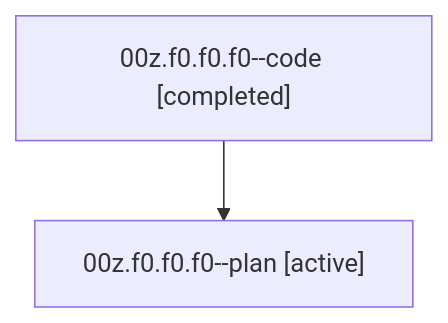
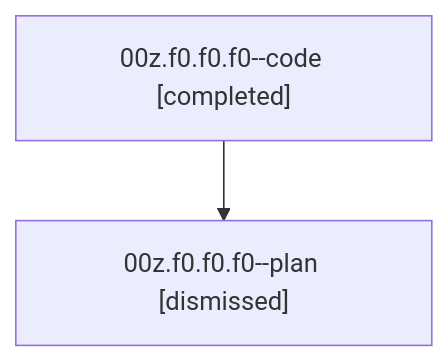
One commit to sase-org/sase--agents changed the diagram in sessions/bbugyi200.athena.00z.f0.f0.f0.md. Above: the diagram before and after it, drawn with Mermaid. The commit also changed other lines of this file and 31 other files, not shown here.

````diff
--- a/sessions/bbugyi200.athena.00z.f0.f0.f0.md
+++ b/sessions/bbugyi200.athena.00z.f0.f0.f0.md
@@ -9,6 +9,6 @@
 ```mermaid
 flowchart TD
   n0["00z.f0.f0.f0--code [completed]"]
-  n1["00z.f0.f0.f0--plan [active]"]
+  n1["00z.f0.f0.f0--plan [dismissed]"]
   n0 --> n1
 ```
````
